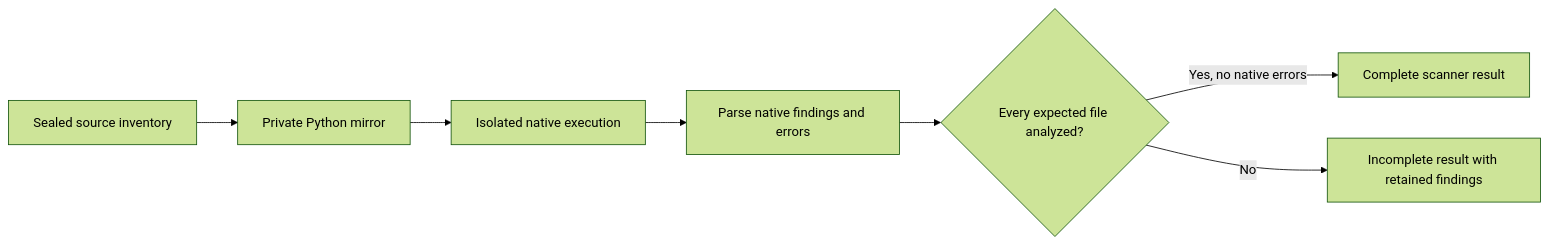
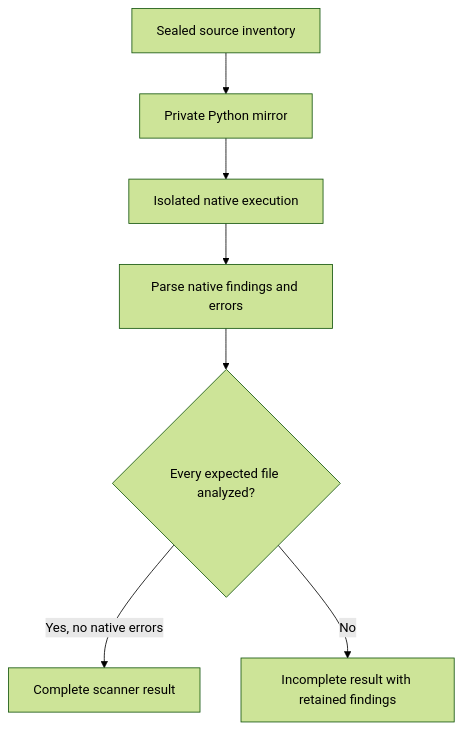
The fourth of 7 diagrams in docs/validation-pipeline.md (willtran87/project-py-security-suite), drawn with Mermaid (forest theme) before and after one commit. The commit also changed 25 other files, not shown here.

````diff
--- a/docs/validation-pipeline.md
+++ b/docs/validation-pipeline.md
@@ -118,9 +118,9 @@
 ```mermaid
-flowchart LR
+flowchart TD
     S[Sealed source inventory] --> M[Private Python mirror]
     M --> E[Isolated native execution]
     E --> N[Parse native findings and errors]
     N --> C{Every expected file analyzed?}
     C -->|Yes, no native errors| R[Complete scanner result]
     C -->|No| I[Incomplete result with retained findings]
 ```
````
